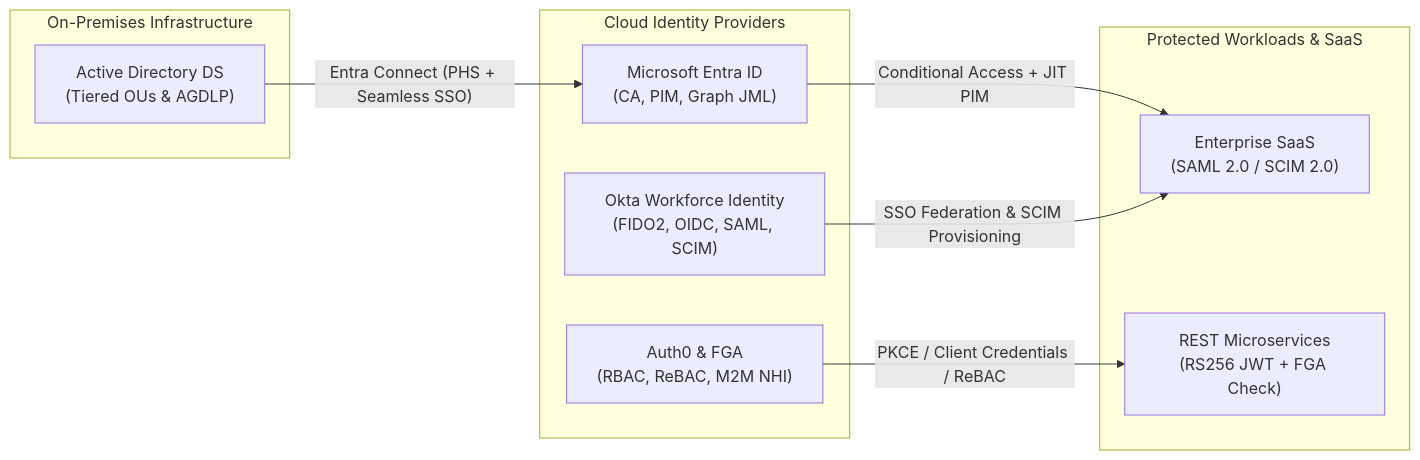
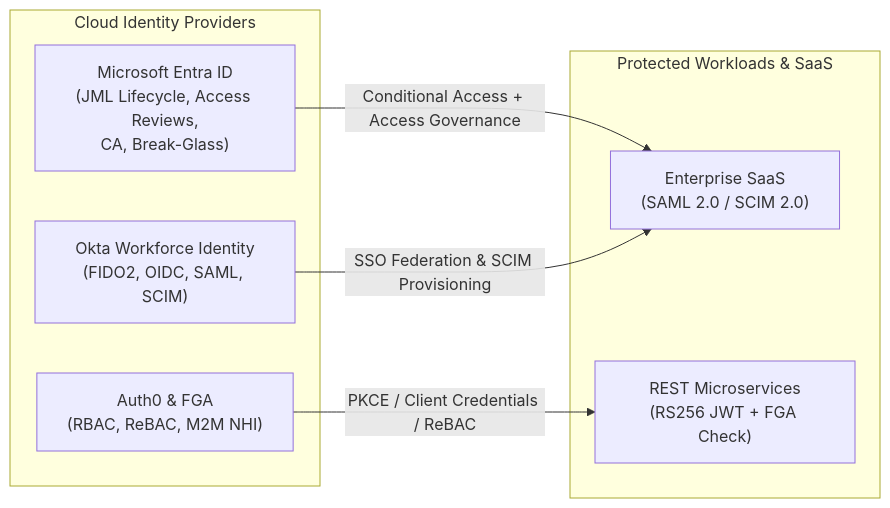
The diagram in README.md (dieg0y/iam-engineering-labs), drawn with Mermaid before and after one commit. The commit also changed other lines of this file and 43 other files, not shown here.

First line of the commit message:
feat(01): land Entra ID user lifecycle lab as module 01

````diff
--- a/README.md
+++ b/README.md
@@ -13,22 +13,17 @@
 ```mermaid
 flowchart LR
-    subgraph OnPrem["On-Premises Infrastructure"]
-        AD["Active Directory DS<br/>(Tiered OUs & AGDLP)"]
-    end
-
     subgraph CloudIdP["Cloud Identity Providers"]
-        ENTRA["Microsoft Entra ID<br/>(CA, PIM, Graph JML)"]
+        ENTRA["Microsoft Entra ID<br/>(JML Lifecycle, Access Reviews,<br/>CA, Break-Glass)"]
         OKTA["Okta Workforce Identity<br/>(FIDO2, OIDC, SAML, SCIM)"]
         AUTH0["Auth0 & FGA<br/>(RBAC, ReBAC, M2M NHI)"]
     end
 
     subgraph Targets["Protected Workloads & SaaS"]
         SAAS["Enterprise SaaS<br/>(SAML 2.0 / SCIM 2.0)"]
         API["REST Microservices<br/>(RS256 JWT + FGA Check)"]
     end
 
-    AD -->|"Entra Connect (PHS + Seamless SSO)"| ENTRA
-    ENTRA -->|"Conditional Access + JIT PIM"| SAAS
+    ENTRA -->|"Conditional Access + Access Governance"| SAAS
     OKTA -->|"SSO Federation & SCIM Provisioning"| SAAS
     AUTH0 -->|"PKCE / Client Credentials / ReBAC"| API
 ```
````
